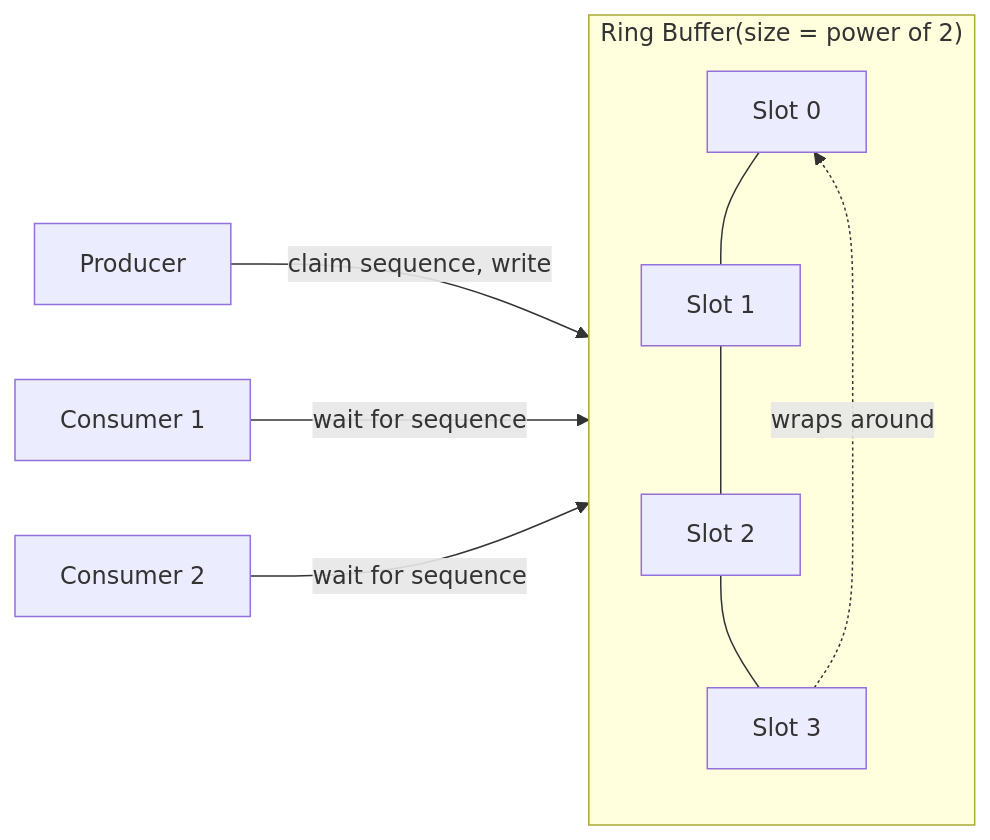
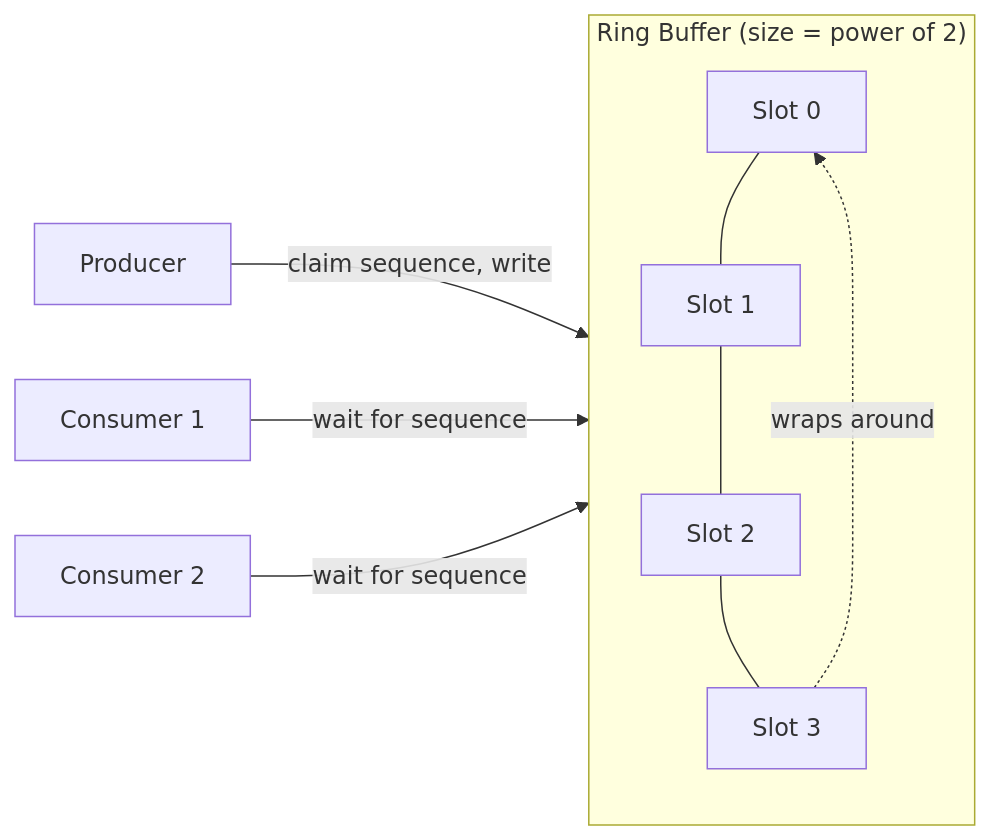
One commit to pploc/swe-icon-the-moment changed the diagram in content/questions/fundamentals/disruptor-pattern.md. Above: the diagram before and after it, drawn with Mermaid. The commit also changed 95 other files, not shown here.

Commit message:
fix: update the practice mode diagram bug not display

````diff
--- a/content/questions/fundamentals/disruptor-pattern.md
+++ b/content/questions/fundamentals/disruptor-pattern.md
@@ -26,13 +26,14 @@
 ```mermaid
 flowchart LR
-    subgraph RingBuffer["Ring Buffer(size = power of 2)"]
+    subgraph RingBuffer ["Ring Buffer (size = power of 2)"]
         E0["Slot 0"] --- E1["Slot 1"] --- E2["Slot 2"] --- E3["Slot 3"]
         E3 -.->|wraps around| E0
     end
     P["Producer"] -->|"claim sequence, write"| RingBuffer
     C1["Consumer 1"] -->|"wait for sequence"| RingBuffer
     C2["Consumer 2"] -->|"wait for sequence"| RingBuffer
 
 
 
+
 ```
````
